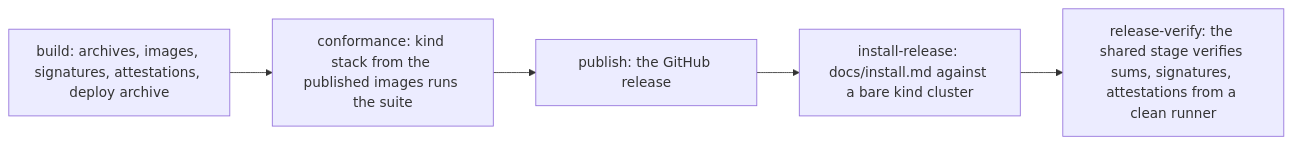
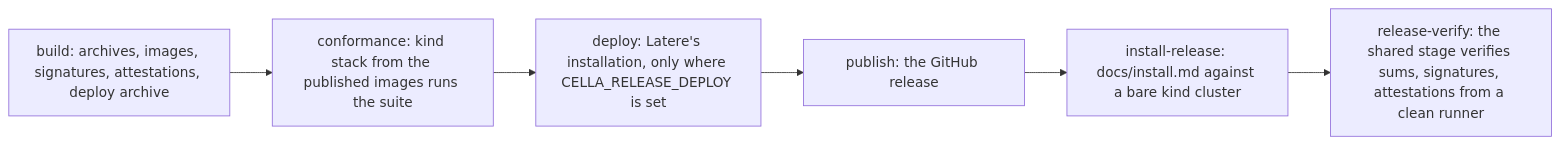
One commit to latere-ai/cella changed the diagram in specs/014-release-and-installation.md. Above: the diagram before and after it, drawn with Mermaid. The commit also changed other lines of this file and 4 other files, not shown here.

Commit message:
release: deploy through the shared stage when CELLA_RELEASE_DEPLOY is set

````diff
--- a/specs/014-release-and-installation.md
+++ b/specs/014-release-and-installation.md
@@ -102,9 +102,10 @@
 ```mermaid
 flowchart LR
   build[build: archives, images, signatures, attestations, deploy archive]
   conformance[conformance: kind stack from the published images runs the suite]
+  deploy[deploy: Latere's installation, only where CELLA_RELEASE_DEPLOY is set]
   publish[publish: the GitHub release]
   install_release[install-release: docs/install.md against a bare kind cluster]
   release_verify[release-verify: the shared stage verifies sums, signatures, attestations from a clean runner]
-  build --> conformance --> publish --> install_release --> release_verify
+  build --> conformance --> deploy --> publish --> install_release --> release_verify
 ```
````
